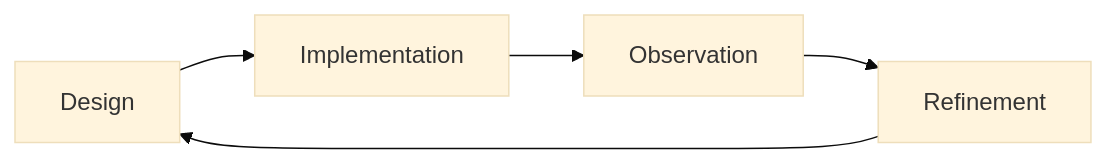
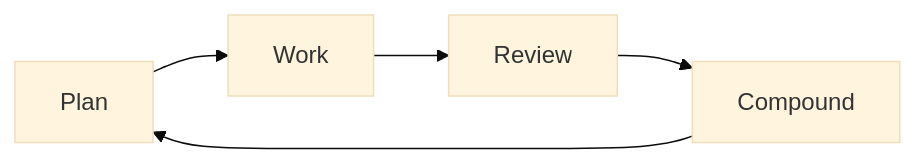
Before and after one commit to hackelia-micrantha/.github: the first of 3 diagrams in profile/README.md, drawn with Mermaid (base theme). The commit also changed other lines of this file and 3 other files, not shown here.

````diff
--- a/profile/README.md
+++ b/profile/README.md
@@ -17,7 +17,7 @@
 ```mermaid
 flowchart LR
-  D[Design] --> I[Implementation]
-  I --> O[Observation]
-  O --> R[Refinement]
-  R --> D
+  P[Plan] --> W[Work]
+  W --> R[Review]
+  R --> C[Compound]
+  C --> P
 ```
````
